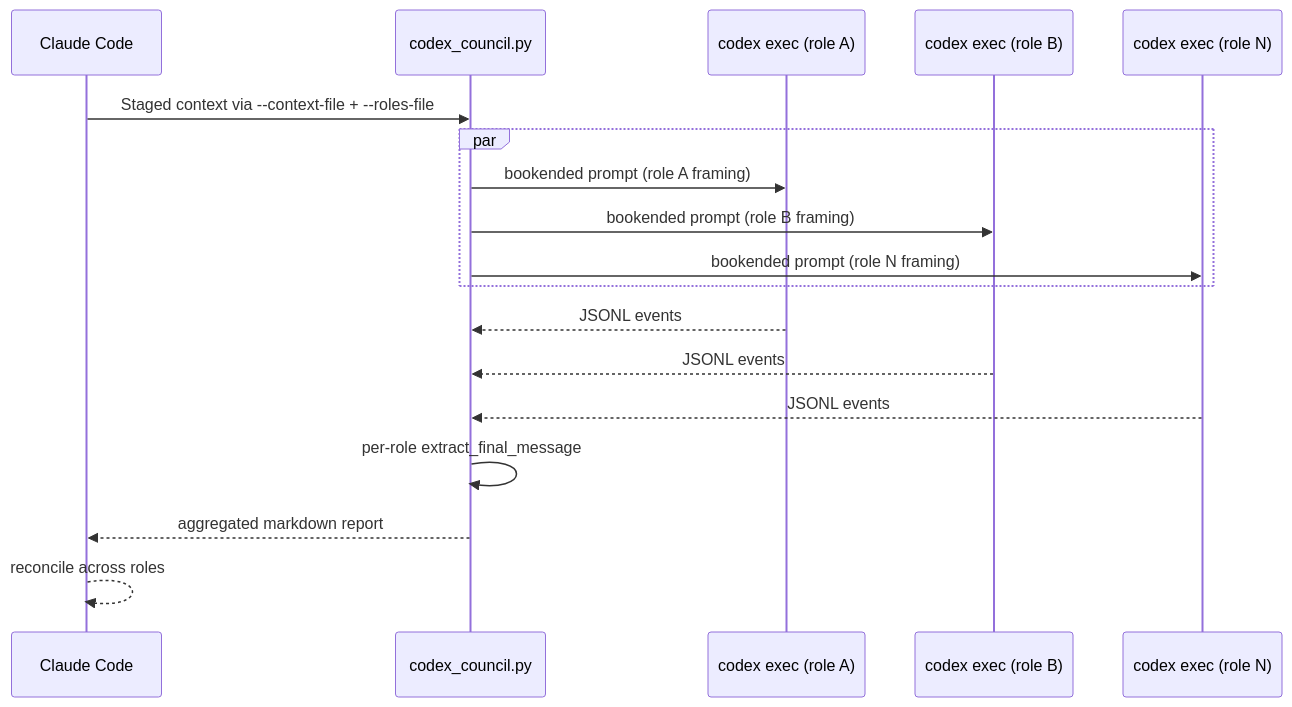
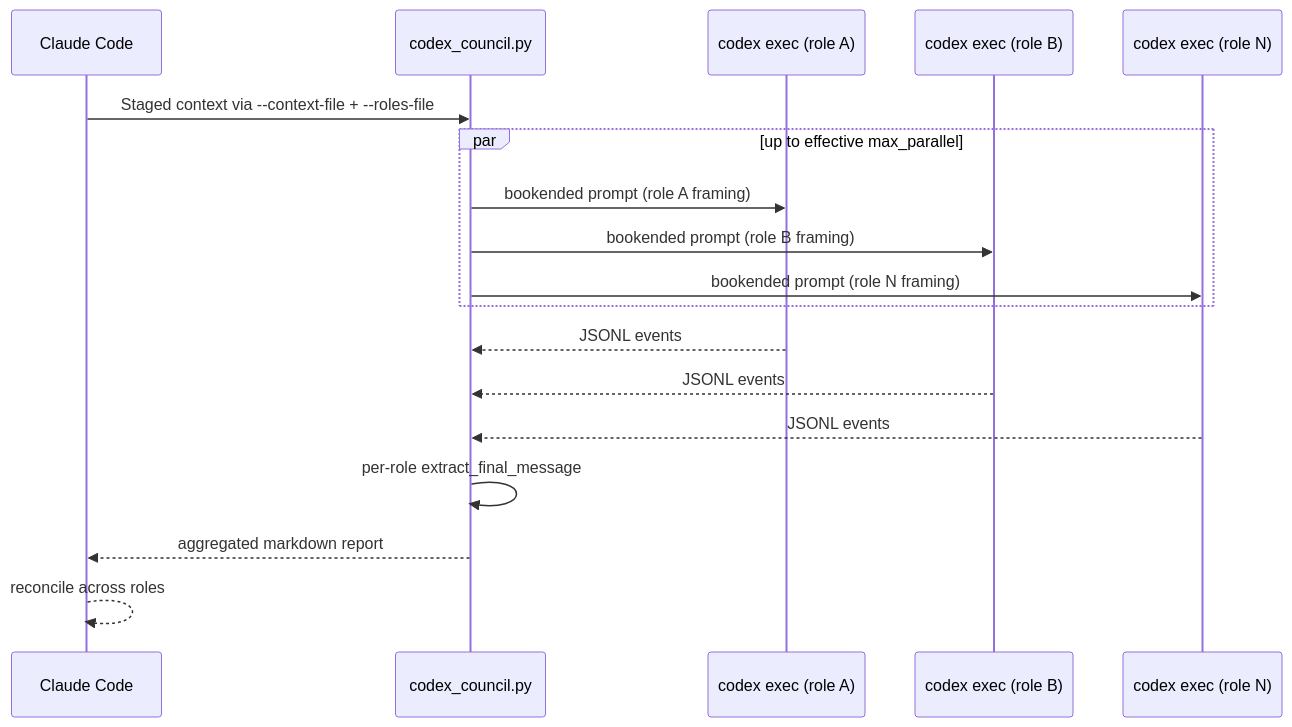
Before and after one commit to ehzawad/codex-council: the first of 3 diagrams in DESIGN.md, drawn with Mermaid. The commit also changed other lines of this file and 6 other files, not shown here.

````diff
--- a/DESIGN.md
+++ b/DESIGN.md
@@ -67,21 +69,21 @@
 ```mermaid
 sequenceDiagram
     participant C as Claude Code
     participant T as codex_council.py
     participant A as codex exec (role A)
     participant B as codex exec (role B)
     participant N as codex exec (role N)
 
     C->>T: Staged context via --context-file + --roles-file
-    par
+    par up to effective max_parallel
         T->>A: bookended prompt (role A framing)
         T->>B: bookended prompt (role B framing)
         T->>N: bookended prompt (role N framing)
     end
     A-->>T: JSONL events
     B-->>T: JSONL events
     N-->>T: JSONL events
     T->>T: per-role extract_final_message
     T-->>C: aggregated markdown report
     C-->>C: reconcile across roles
 ```
````
